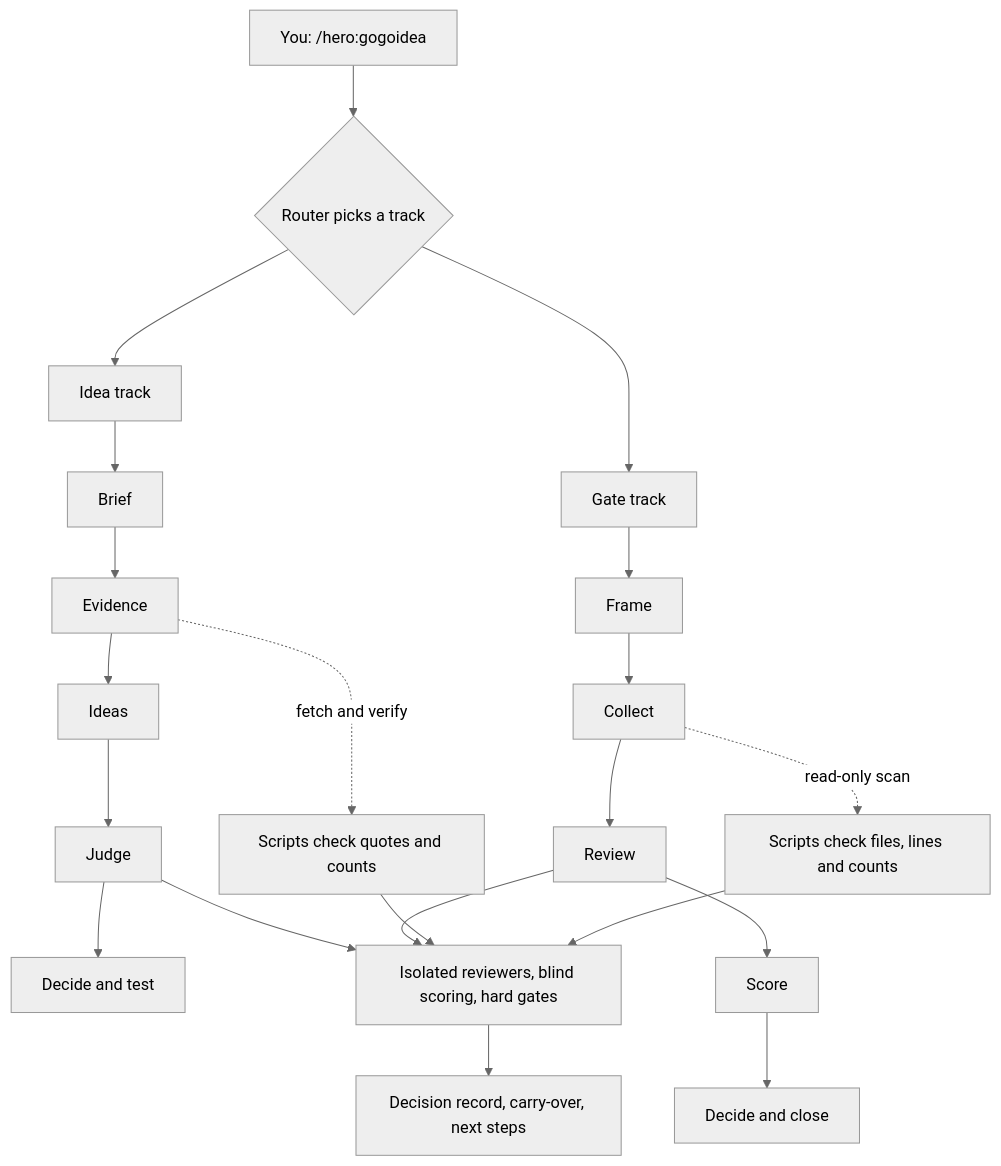
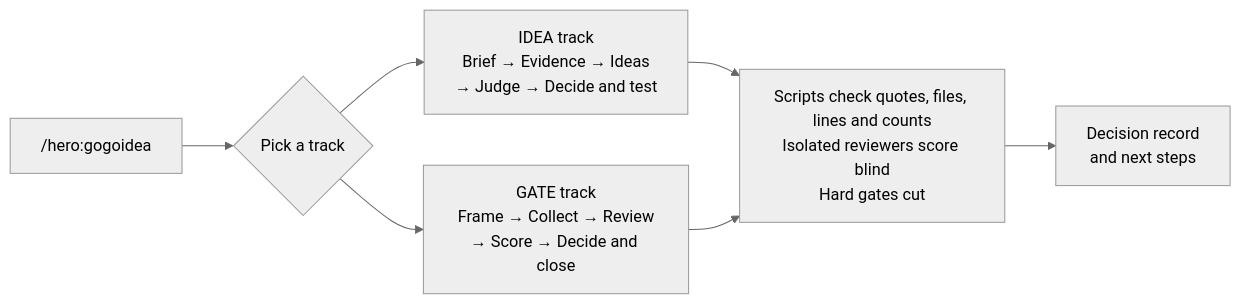
Before and after one commit to herominutes/gogoidea: the diagram in README.md, drawn with Mermaid (neutral theme).

Commit message:
README: compact the architecture diagram so it fits without panning
Redraw the Mermaid flowchart left to right with six boxes so the whole picture shows at README width. Text content is unchanged; only the diagram block differs.

````diff
--- a/README.md
+++ b/README.md
@@ -15,15 +15,9 @@
 ```mermaid
-flowchart TD
-  U["You: /hero:gogoidea"] --> R{"Router picks a track"}
-  R --> IT["Idea track"]
-  R --> GT["Gate track"]
-  IT --> I1["Brief"] --> I2["Evidence"] --> I3["Ideas"] --> I4["Judge"] --> I5["Decide and test"]
-  GT --> G1["Frame"] --> G2["Collect"] --> G3["Review"] --> G4["Score"] --> G5["Decide and close"]
-  I2 -. "fetch and verify" .-> S1["Scripts check quotes and counts"]
-  G2 -. "read-only scan" .-> S2["Scripts check files, lines and counts"]
-  I4 --> V["Isolated reviewers, blind scoring, hard gates"]
-  G3 --> V
-  S1 --> V
-  S2 --> V
-  V --> O["Decision record, carry-over, next steps"]
+flowchart LR
+  U["/hero:gogoidea"] --> R{"Pick a track"}
+  R --> I["IDEA track<br/>Brief → Evidence → Ideas<br/>→ Judge → Decide and test"]
+  R --> G["GATE track<br/>Frame → Collect → Review<br/>→ Score → Decide and close"]
+  I --> V["Scripts check quotes, files, lines and counts<br/>Isolated reviewers score blind<br/>Hard gates cut"]
+  G --> V
+  V --> O["Decision record<br/>and next steps"]
 ```
````
